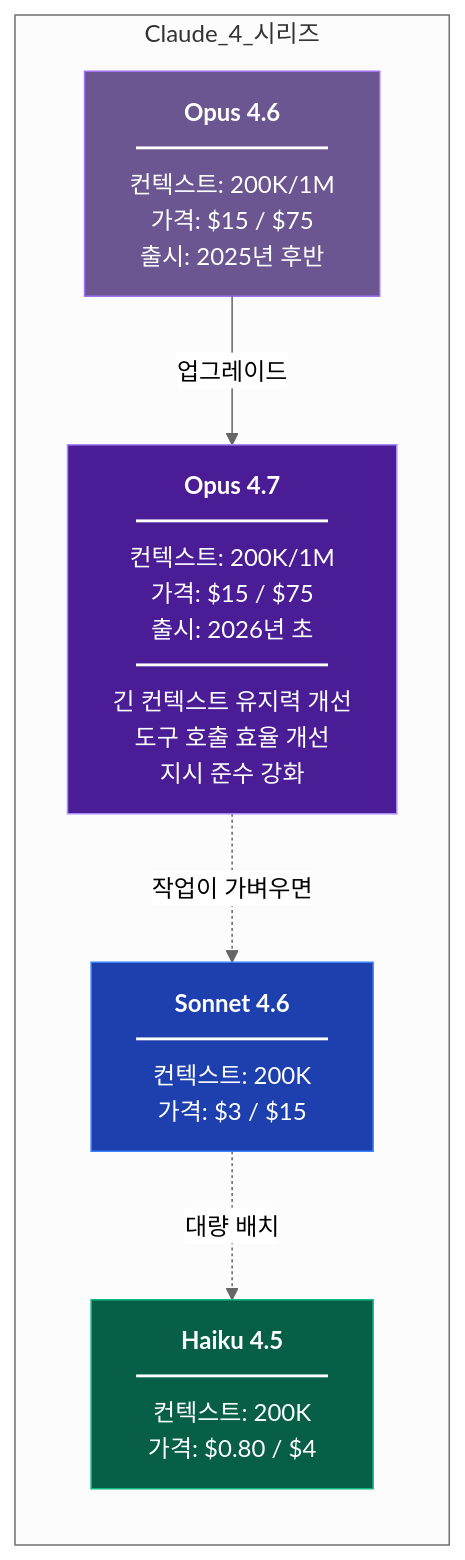
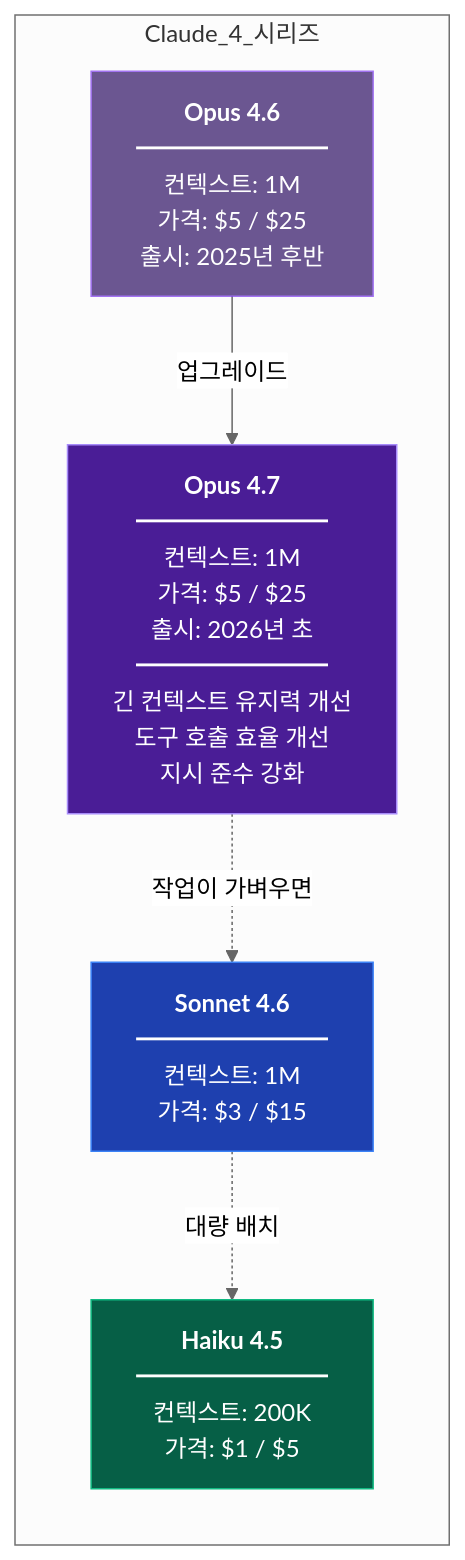
Before and after one commit to GYUTORY/YGSTUDY: the first of 2 diagrams in Develop/AI/Claude/Claude_Opus_4_7.md, drawn with Mermaid (neutral theme). The commit also changed other lines of this file and 1 other file, not shown here.

First line of the commit message:
fix(docs): Opus 4.7·4.8 문서의 조작된 스펙 정정

````diff
--- a/Develop/AI/Claude/Claude_Opus_4_7.md
+++ b/Develop/AI/Claude/Claude_Opus_4_7.md
@@ -28,19 +28,19 @@
 ```mermaid
 graph LR
     subgraph Claude_4_시리즈
         direction TB
-        O46["<b>Opus 4.6</b><br/>━━━━━━━━<br/>컨텍스트: 200K/1M<br/>가격: $15 / $75<br/>출시: 2025년 후반"]
-        O47["<b>Opus 4.7</b><br/>━━━━━━━━<br/>컨텍스트: 200K/1M<br/>가격: $15 / $75<br/>출시: 2026년 초<br/>━━━━━━━━<br/>긴 컨텍스트 유지력 개선<br/>도구 호출 효율 개선<br/>지시 준수 강화"]
-        S46["<b>Sonnet 4.6</b><br/>━━━━━━━━<br/>컨텍스트: 200K<br/>가격: $3 / $15"]
-        H45["<b>Haiku 4.5</b><br/>━━━━━━━━<br/>컨텍스트: 200K<br/>가격: $0.80 / $4"]
+        O46["<b>Opus 4.6</b><br/>━━━━━━━━<br/>컨텍스트: 1M<br/>가격: $5 / $25<br/>출시: 2025년 후반"]
+        O47["<b>Opus 4.7</b><br/>━━━━━━━━<br/>컨텍스트: 1M<br/>가격: $5 / $25<br/>출시: 2026년 초<br/>━━━━━━━━<br/>긴 컨텍스트 유지력 개선<br/>도구 호출 효율 개선<br/>지시 준수 강화"]
+        S46["<b>Sonnet 4.6</b><br/>━━━━━━━━<br/>컨텍스트: 1M<br/>가격: $3 / $15"]
+        H45["<b>Haiku 4.5</b><br/>━━━━━━━━<br/>컨텍스트: 200K<br/>가격: $1 / $5"]
     end
 
     O46 -->|"업그레이드"| O47
     O47 -.->|"작업이 가벼우면"| S46
     S46 -.->|"대량 배치"| H45
 
     style O47 fill:#4a1d96,stroke:#a78bfa,color:#fff
     style O46 fill:#2e1065,stroke:#7c3aed,color:#fff,opacity:0.7
     style S46 fill:#1e40af,stroke:#3b82f6,color:#fff
     style H45 fill:#065f46,stroke:#10b981,color:#fff
 ```
````
